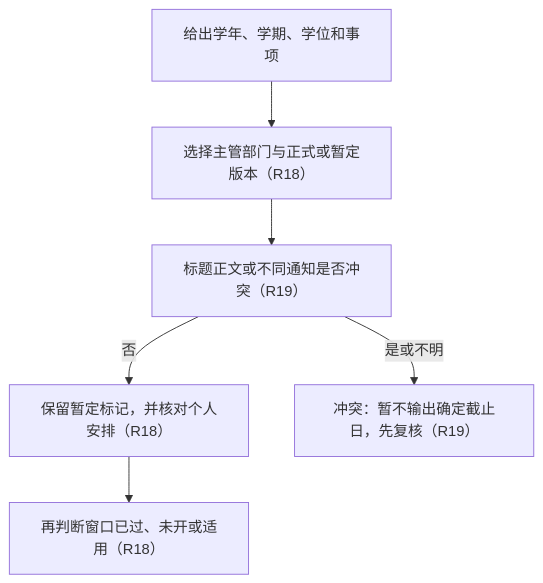
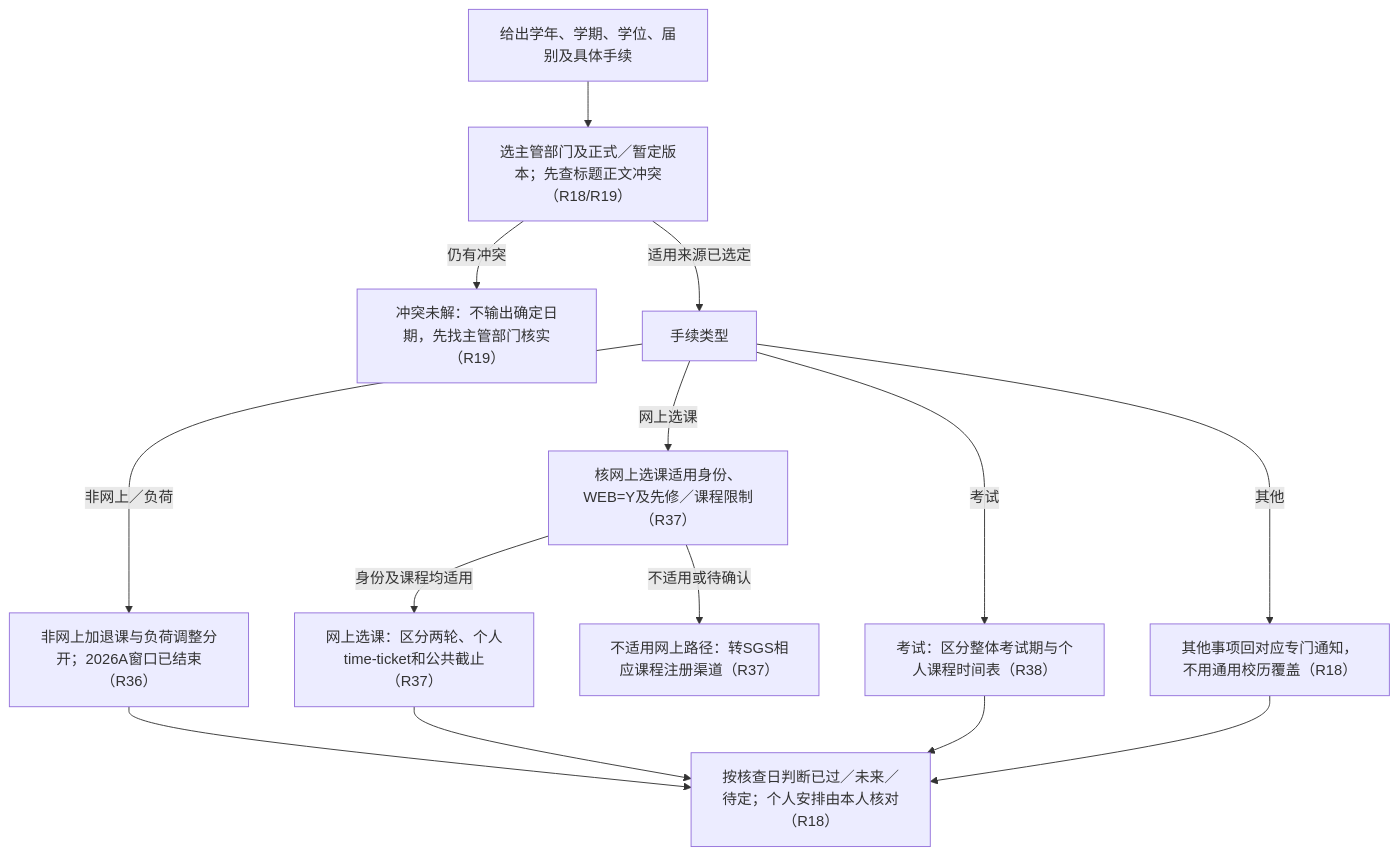
The eighth of 8 diagrams in knowledge/README.md (zhewangguaiguaide/5003), drawn with Mermaid before and after one commit. The commit also changed other lines of this file and 5 other files, not shown here.

````diff
--- a/knowledge/README.md
+++ b/knowledge/README.md
@@ -253,14 +380,27 @@
 ```mermaid
 flowchart TD
-    a["给出学年、学期、学位和事项"]
-    b["选择主管部门与正式或暂定版本（R18）"]
-    c["标题正文或不同通知是否冲突（R19）"]
-    d["保留暂定标记，并核对个人安排（R18）"]
-    z["冲突：暂不输出确定截止日，先复核（R19）"]
-    y["再判断窗口已过、未开或适用（R18）"]
+    a["给出学年、学期、学位、届别及具体手续"]
+    b["选主管部门及正式／暂定版本；先查标题正文冲突（R18/R19）"]
+    c["手续类型"]
+    d["非网上加退课与负荷调整分开；2026A窗口已结束（R36）"]
+    e["网上选课：区分两轮、个人time-ticket和公共截止（R37）"]
+    f["考试：区分整体考试期与个人课程时间表（R38）"]
+    g["其他事项回对应专门通知，不用通用校历覆盖（R18）"]
+    y["冲突未解：不输出确定日期，先找主管部门核实（R19）"]
+    z["按核查日判断已过／未来／待定；个人安排由本人核对（R18）"]
+    w["核网上选课适用身份、WEB=Y及先修／课程限制（R37）"]
+    v["不适用网上路径：转SGS相应课程注册渠道（R37）"]
     a --> b
-    b --> c
-    c -->|是或不明| z
-    c -->|否| d
-    d --> y
+    b -->|仍有冲突| y
+    b -->|适用来源已选定| c
+    c -->|非网上／负荷| d
+    c -->|网上选课| w
+    c -->|考试| f
+    c -->|其他| g
+    d --> z
+    e --> z
+    f --> z
+    g --> z
+    w -->|身份及课程均适用| e
+    w -->|不适用或待确认| v
 ```
````
